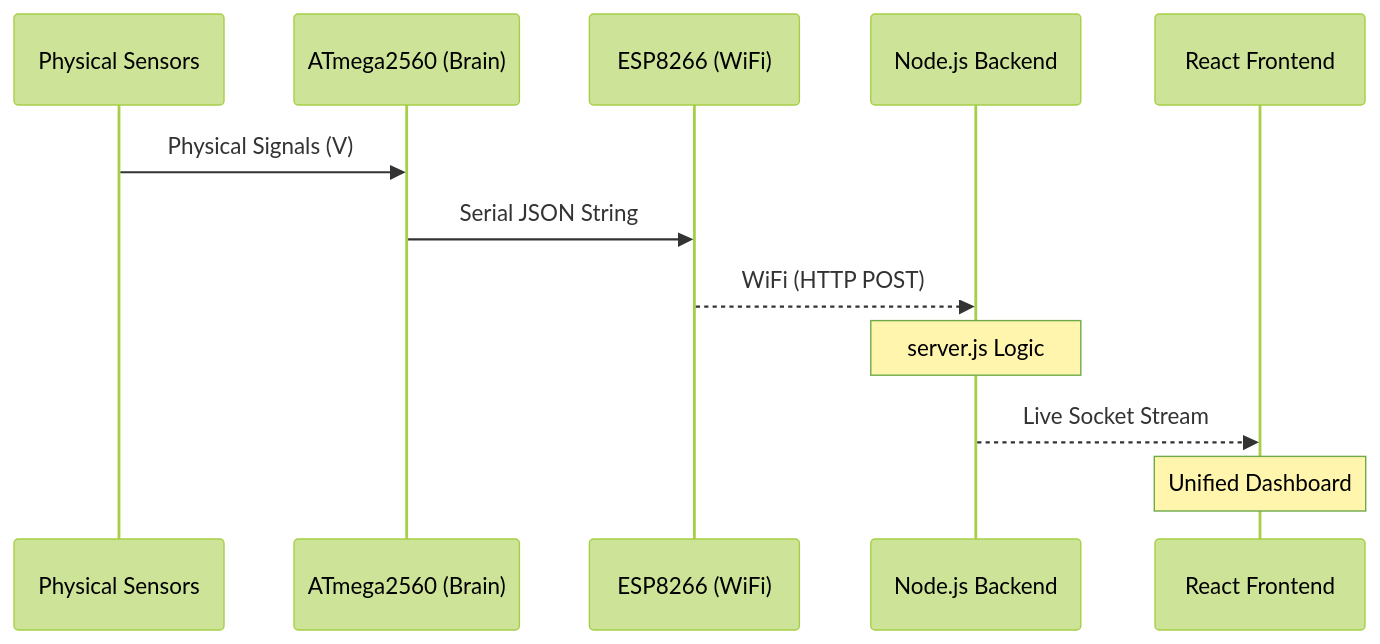
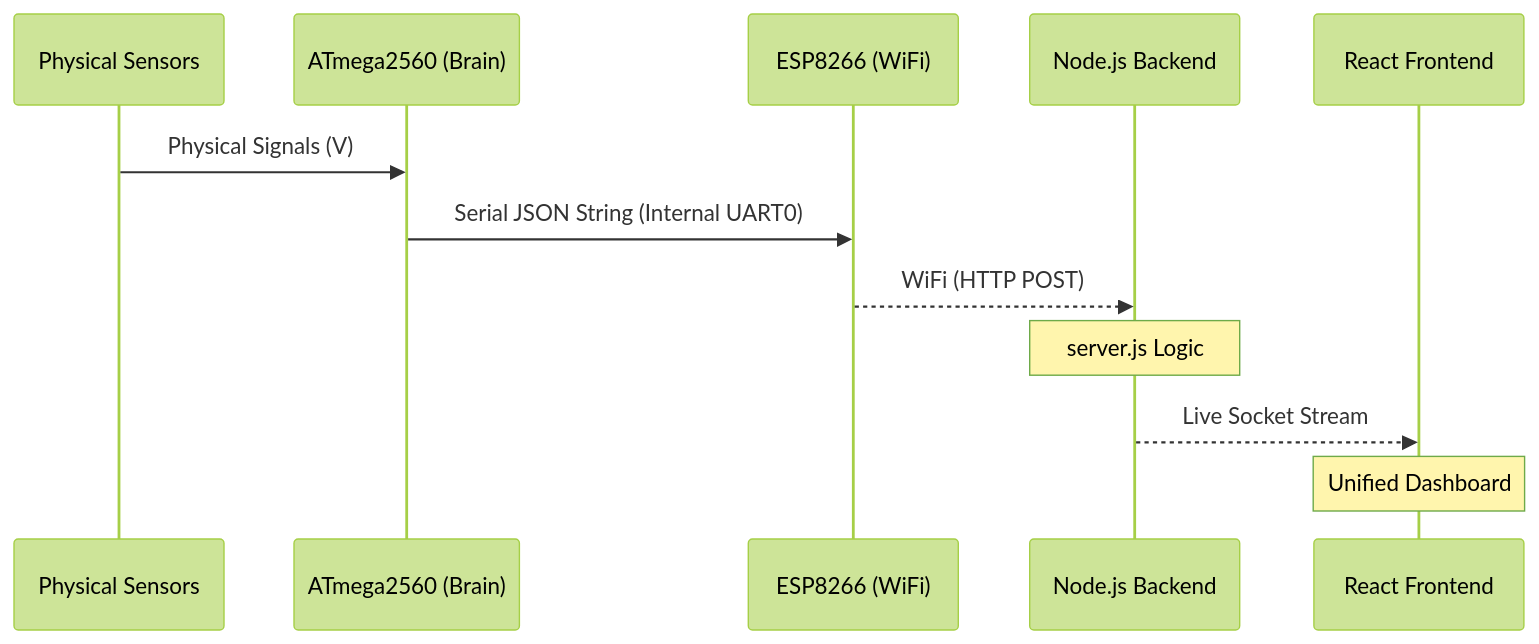
The diagram in documentation/Technical_Manual.md (justinsaju21/AI-Virtual-Sensor-Lab-w-RT-IoT-Data), drawn with Mermaid (forest theme) before and after one commit. The commit also changed 3 other files, not shown here.

Commit message:
fix: switch Mega bridge to Serial (UART0) for integrated board compatibility

````diff
--- a/documentation/Technical_Manual.md
+++ b/documentation/Technical_Manual.md
@@ -26,15 +26,15 @@
 ```mermaid
 sequenceDiagram
     participant S as Physical Sensors
     participant M as ATmega2560 (Brain)
     participant E as ESP8266 (WiFi)
     participant B as Node.js Backend
     participant F as React Frontend
 
     S->>M: Physical Signals (V)
-    M->>E: Serial JSON String
+    M->>E: Serial JSON String (Internal UART0)
     E-->>B: WiFi (HTTP POST)
     Note over B: server.js Logic
     B-->>F: Live Socket Stream
     Note over F: Unified Dashboard
 ```
````
